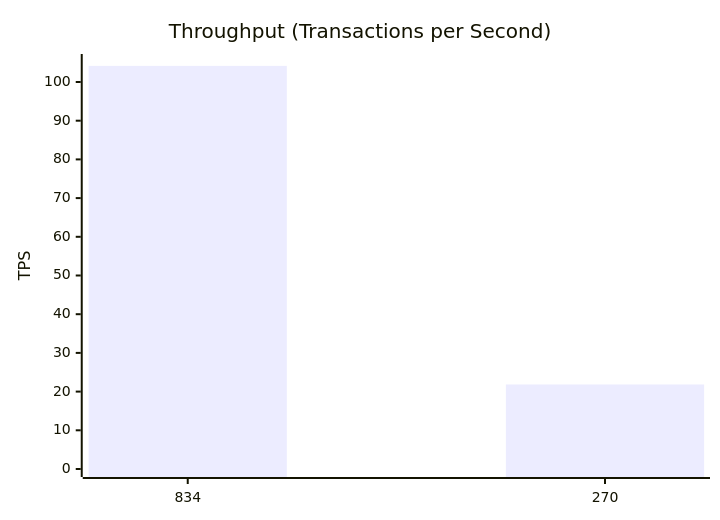
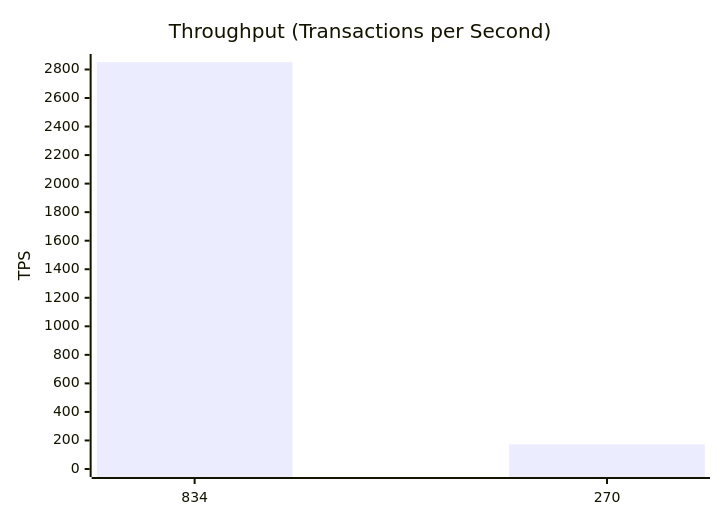
The second of 10 diagrams in test-tools/DataGen/src/Statistics_Visualizer.md (dhagan-va/intern-2025), drawn with Mermaid before and after one commit. The commit also changed other lines of this file and 2 other files, not shown here.

````diff
--- a/test-tools/DataGen/src/Statistics_Visualizer.md
+++ b/test-tools/DataGen/src/Statistics_Visualizer.md
@@ -27,7 +27,7 @@
 ```mermaid
 xychart-beta
     title "Throughput (Transactions per Second)"
     x-axis ["834", "270"]
-    y-axis "TPS" 0 --> 105.16666666666667
-    bar [104.16666666666667, 21.83406113537118]
+    y-axis "TPS" 0 --> 2852.3681363690603
+    bar [2851.3681363690603, 173.40007080571536]
 ```
````
